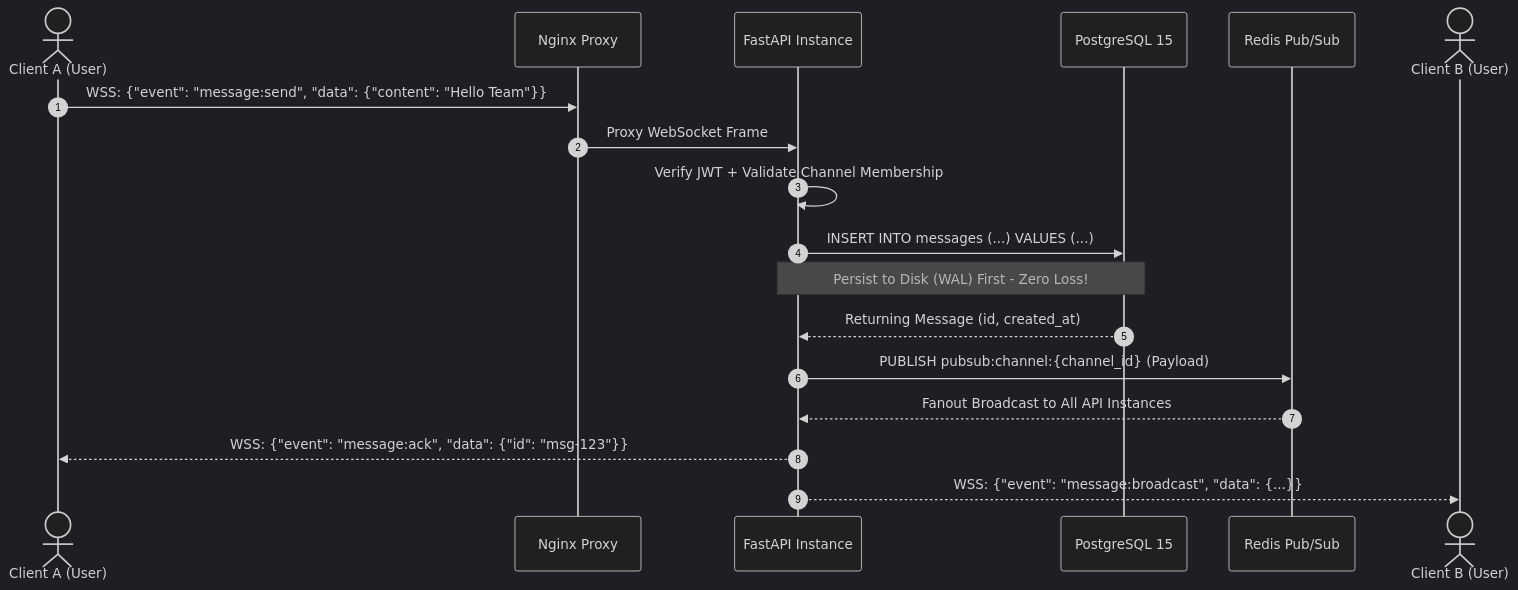
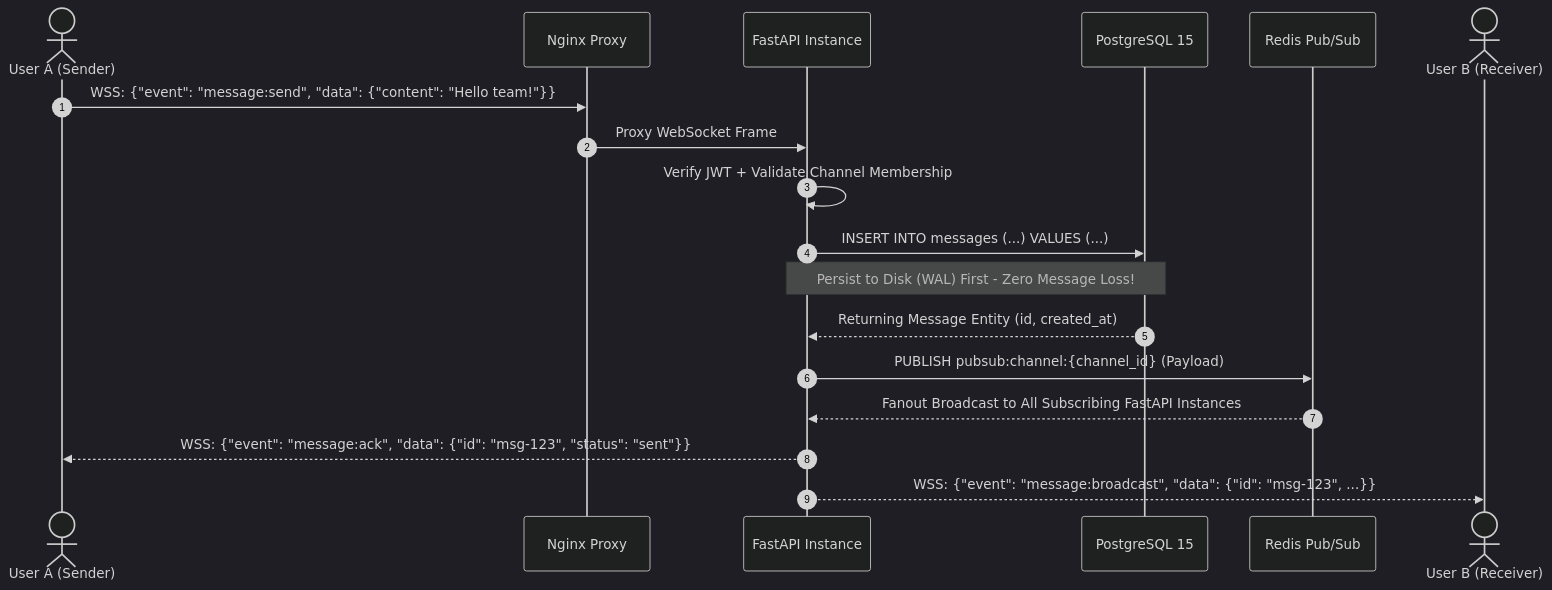
The second of 3 diagrams in docs/workshop10_architecture_board.md (aldien-rebellion/livechat-workspace-backend), drawn with Mermaid (dark theme) before and after one commit. The commit also changed other lines of this file and 2 other files, not shown here.

Commit message:
docs(workshop10): refine architecture board to focus exclusively on livechat platform

````diff
--- a/docs/workshop10_architecture_board.md
+++ b/docs/workshop10_architecture_board.md
@@ -134,21 +132,21 @@
 ```mermaid
 sequenceDiagram
     autonumber
-    actor Alice as Client A (User)
+    actor Alice as User A (Sender)
     participant Nginx as Nginx Proxy
     participant API as FastAPI Instance
     participant PG as PostgreSQL 15
     participant Redis as Redis Pub/Sub
-    actor Bob as Client B (User)
+    actor Bob as User B (Receiver)
 
-    Alice->>Nginx: WSS: {"event": "message:send", "data": {"content": "Hello Team"}}
+    Alice->>Nginx: WSS: {"event": "message:send", "data": {"content": "Hello team!"}}
     Nginx->>API: Proxy WebSocket Frame
     API->>API: Verify JWT + Validate Channel Membership
     API->>PG: INSERT INTO messages (...) VALUES (...)
-    Note over API,PG: Persist to Disk (WAL) First - Zero Loss!
-    PG-->>API: Returning Message (id, created_at)
+    Note over API,PG: Persist to Disk (WAL) First - Zero Message Loss!
+    PG-->>API: Returning Message Entity (id, created_at)
     API->>Redis: PUBLISH pubsub:channel:{channel_id} (Payload)
-    Redis-->>API: Fanout Broadcast to All API Instances
-    API-->>Alice: WSS: {"event": "message:ack", "data": {"id": "msg-123"}}
-    API-->>Bob: WSS: {"event": "message:broadcast", "data": {...}}
+    Redis-->>API: Fanout Broadcast to All Subscribing FastAPI Instances
+    API-->>Alice: WSS: {"event": "message:ack", "data": {"id": "msg-123", "status": "sent"}}
+    API-->>Bob: WSS: {"event": "message:broadcast", "data": {"id": "msg-123", ...}}
 ```
````
